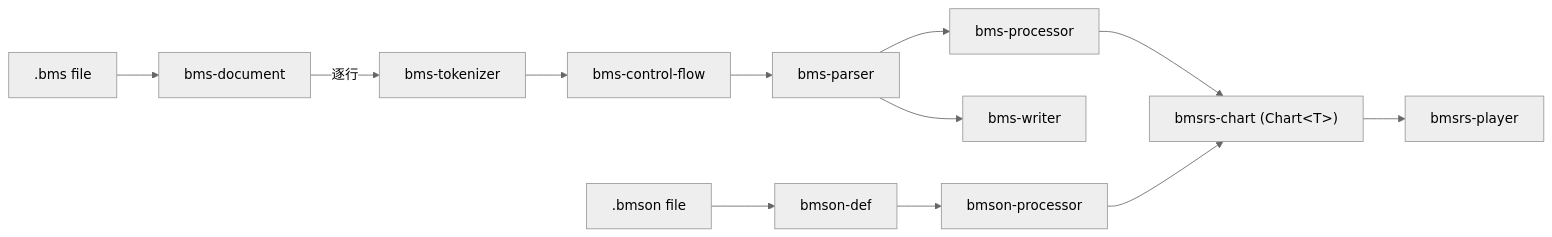
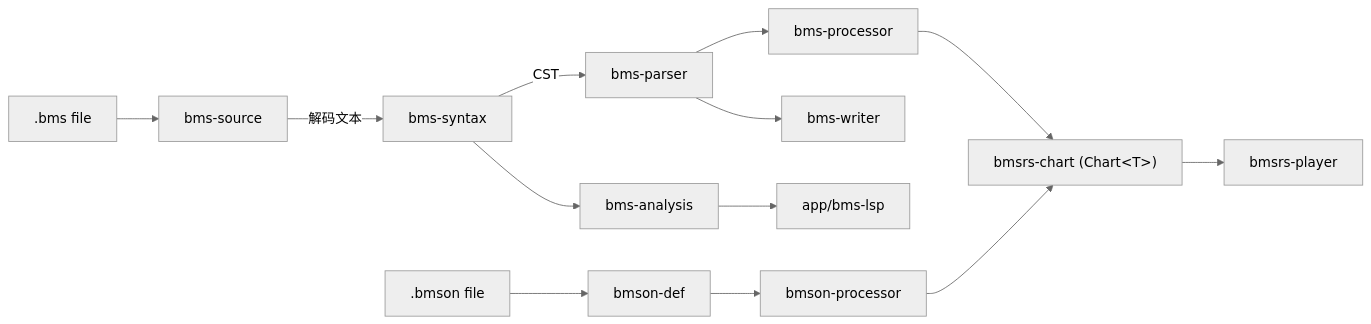
The diagram in AGENTS.md (brightmeows/bmsrs), drawn with Mermaid (neutral theme) before and after one commit. The commit also changed other lines of this file and 67 other files, not shown here.

First line of the commit message:
refactor(parser): 类型化单行语法迁入 bms-parser

````diff
--- a/AGENTS.md
+++ b/AGENTS.md
@@ -12,16 +12,17 @@
 ```mermaid
 flowchart LR
-    BMS[".bms file"] --> Doc[bms-document]
-    Doc -->|逐行| Tok[bms-tokenizer]
-    Tok --> CF[bms-control-flow]
-    CF --> Par[bms-parser]
+    BMS[".bms file"] --> Src[bms-source]
+    Src -->|解码文本| Syn[bms-syntax]
+    Syn -->|CST| Par[bms-parser]
     Par --> BProc[bms-processor]
     Par --> Writer[bms-writer]
+    Syn --> Analysis[bms-analysis]
+    Analysis --> LSP[app/bms-lsp]
 
     BMSON[".bmson file"] --> BDef[bmson-def]
     BDef --> BMProc[bmson-processor]
 
     BProc --> Chart["bmsrs-chart (Chart&lt;T&gt;)"]
     BMProc --> Chart
     Chart --> Player[bmsrs-player]
 ```
````
